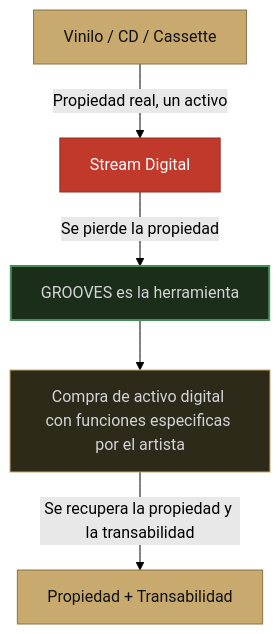
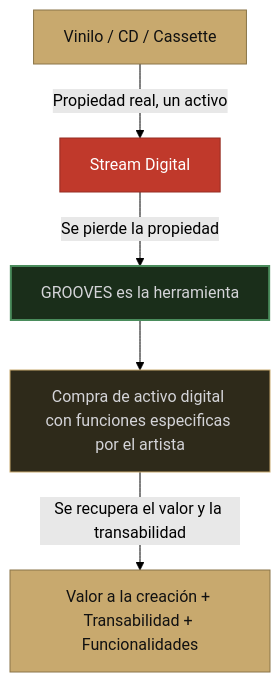
One commit to groovesart/grooves-docs changed the first of 2 diagrams in manifiesto.md. Above: the diagram before and after it, drawn with Mermaid (forest theme).

````diff
--- a/manifiesto.md
+++ b/manifiesto.md
@@ -9,12 +9,12 @@
 ```mermaid
 graph TB
     A[Vinilo / CD / Cassette] -->|Propiedad real, un activo| B[Stream Digital]
     B -->|Se pierde la propiedad| C[GROOVES es la herramienta]
     C --> D[Compra de activo digital con funciones especificas por el artista]
-    D -->|Se recupera la propiedad y la transabilidad| E[Propiedad + Transabilidad]
+    D -->|Se recupera el valor y la transabilidad| E[Valor a la creación + Transabilidad + Funcionalidades]
     style A fill:#C8A96E,color:#111,stroke:#8a7548
     style B fill:#c0392b,color:#fff,stroke:#962d22
     style C fill:#1a2e1a,color:#d4d4d8,stroke:#4a8c5c,stroke-width:2px
     style D fill:#2e2a1a,color:#d4d4d8,stroke:#C8A96E
     style E fill:#C8A96E,color:#111,stroke:#8a7548
 ```
````
